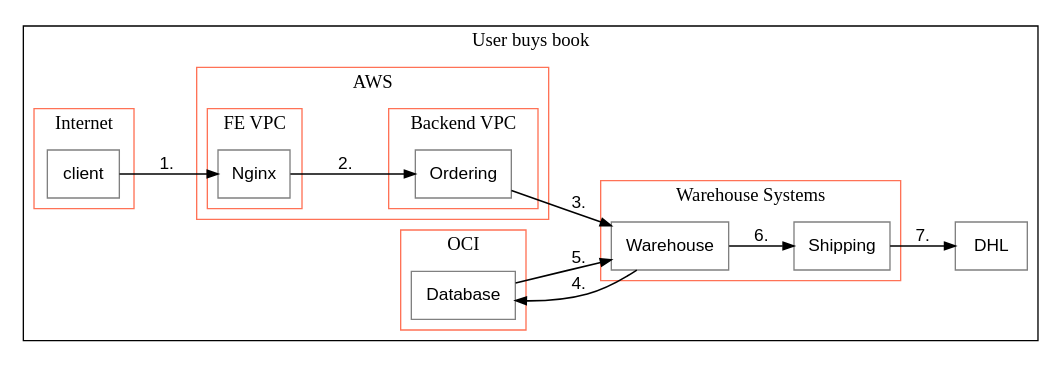
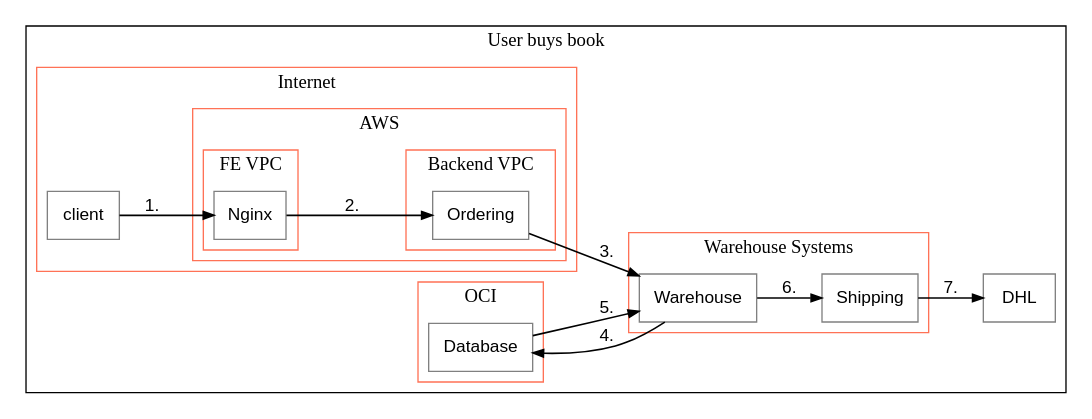
The diagram in examples/output/User buys book.dot (hyakuhei/ltm), drawn with Graphviz before and after one commit. The commit also changed 12 other files, not shown here.

Commit message:
Adding support for descriptions in ltm and for rendering tables of these descriptions in the arch diagrams generated by jtg

```diff
--- a/examples/output/User buys book.dot
+++ b/examples/output/User buys book.dot
@@ -1,46 +1,46 @@
 digraph G {
 compound=true;
 rankdir="LR"
     subgraph cluster1 {
     label="User buys book";
     color="Black";
         node14 [label="DHL" shape="box", margin="0.1", color="Grey", fontsize="13", fontname="Helvetica"];
         subgraph cluster2 {
-        label="AWS";
-        color="Coral1";
-            subgraph cluster3 {
-            label="FE VPC";
-            color="Coral1";
-                node4 [label="Nginx" shape="box", margin="0.1", color="Grey", fontsize="13", fontname="Helvetica"];
-            }
-            subgraph cluster7 {
-            label="Backend VPC";
-            color="Coral1";
-                node8 [label="Ordering" shape="box", margin="0.1", color="Grey", fontsize="13", fontname="Helvetica"];
-            }
-        }
-        subgraph cluster5 {
         label="Internet";
         color="Coral1";
             node6 [label="client" shape="box", margin="0.1", color="Grey", fontsize="13", fontname="Helvetica"];
+            subgraph cluster3 {
+            label="AWS";
+            color="Coral1";
+                subgraph cluster4 {
+                label="FE VPC";
+                color="Coral1";
+                    node5 [label="Nginx" shape="box", margin="0.1", color="Grey", fontsize="13", fontname="Helvetica"];
+                }
+                subgraph cluster7 {
+                label="Backend VPC";
+                color="Coral1";
+                    node8 [label="Ordering" shape="box", margin="0.1", color="Grey", fontsize="13", fontname="Helvetica"];
+                }
+            }
         }
         subgraph cluster9 {
         label="Warehouse Systems";
         color="Coral1";
             node10 [label="Warehouse" shape="box", margin="0.1", color="Grey", fontsize="13", fontname="Helvetica"];
             node13 [label="Shipping" shape="box", margin="0.1", color="Grey", fontsize="13", fontname="Helvetica"];
         }
         subgraph cluster11 {
         label="OCI";
         color="Coral1";
             node12 [label="Database" shape="box", margin="0.1", color="Grey", fontsize="13", fontname="Helvetica"];
         }
     }
-node6->node4 [label="1." fontsize="13", penwidth="1.2", arrowsize="0.8", fontname="Helvetica"];
-node4->node8 [label="2." fontsize="13", penwidth="1.2", arrowsize="0.8", fontname="Helvetica"];
+node6->node5 [label="1." fontsize="13", penwidth="1.2", arrowsize="0.8", fontname="Helvetica"];
+node5->node8 [label="2." fontsize="13", penwidth="1.2", arrowsize="0.8", fontname="Helvetica"];
 node8->node10 [label="3." fontsize="13", penwidth="1.2", arrowsize="0.8", fontname="Helvetica"];
 node10->node12 [label="4." fontsize="13", penwidth="1.2", arrowsize="0.8", fontname="Helvetica"];
 node12->node10 [label="5." fontsize="13", penwidth="1.2", arrowsize="0.8", fontname="Helvetica"];
 node10->node13 [label="6." fontsize="13", penwidth="1.2", arrowsize="0.8", fontname="Helvetica"];
 node13->node14 [label="7." fontsize="13", penwidth="1.2", arrowsize="0.8", fontname="Helvetica"];
 }
```
